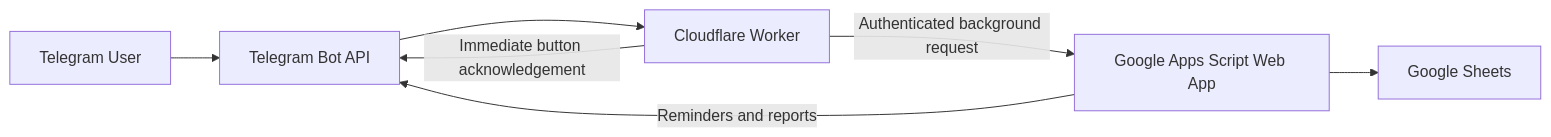
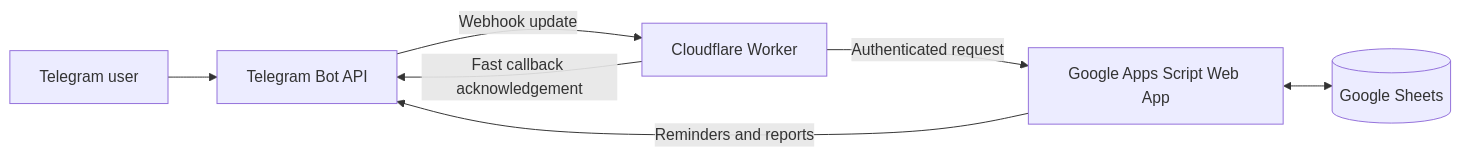
Before and after one commit to Pouya-Mansournia/PulseTask: the first of 2 diagrams in README.md, drawn with Mermaid. The commit also changed other lines of this file, not shown here.

````diff
--- a/README.md
+++ b/README.md
@@ -28,9 +30,9 @@
 ```mermaid
 flowchart LR
-    U[Telegram User] --> T[Telegram Bot API]
-    T --> W[Cloudflare Worker]
-    W -->|Immediate button acknowledgement| T
-    W -->|Authenticated background request| A[Google Apps Script Web App]
-    A --> S[Google Sheets]
+    U[Telegram user] --> T[Telegram Bot API]
+    T -->|Webhook update| W[Cloudflare Worker]
+    W -->|Fast callback acknowledgement| T
+    W -->|Authenticated request| A[Google Apps Script Web App]
+    A <--> S[(Google Sheets)]
     A -->|Reminders and reports| T
 ```
````
